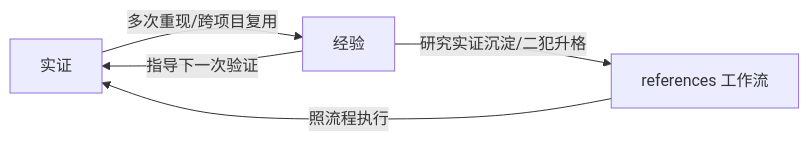
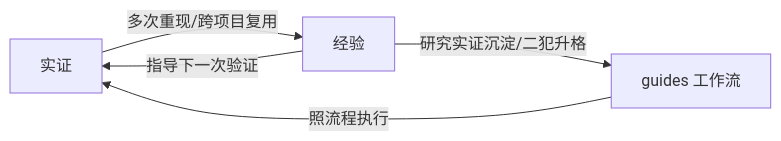
Before and after one commit to raystyle/project-evo: the diagram in plugins/project-evo/skills/dev-evo/references/exp-sedimentation.md, drawn with Mermaid. The commit also changed other lines of this file and 74 other files, not shown here.

````diff
--- a/plugins/project-evo/skills/dev-evo/references/exp-sedimentation.md
+++ b/plugins/project-evo/skills/dev-evo/references/exp-sedimentation.md
@@ -30,7 +30,7 @@
 ```mermaid
 flowchart LR
     实证 -->|多次重现/跨项目复用| 经验
     经验 -->|指导下一次验证| 实证
-    经验 -->|研究实证沉淀/二犯升格| 工作流[references 工作流]
+    经验 -->|研究实证沉淀/二犯升格| 工作流[guides 工作流]
     工作流 -->|照流程执行| 实证
 ```
````
